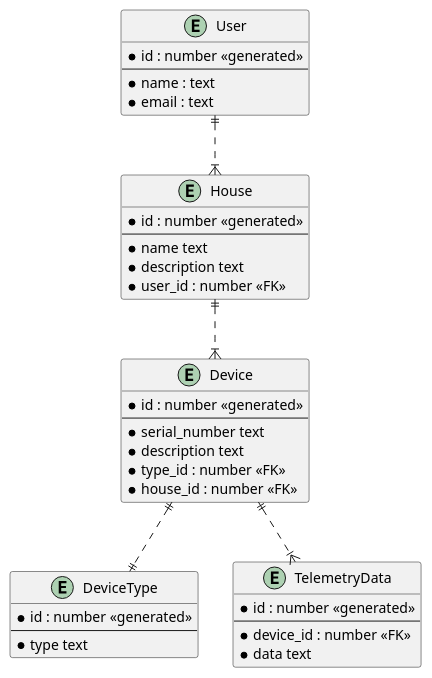
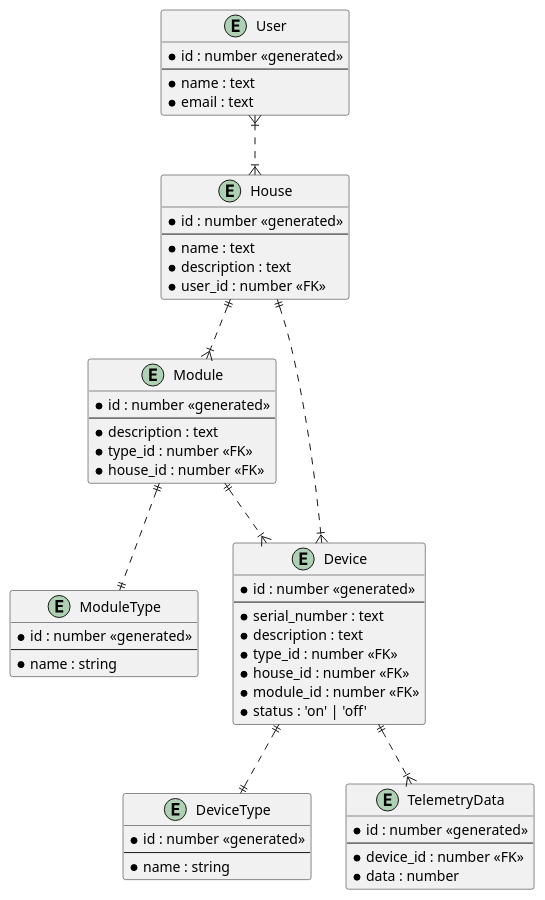
One commit to drivenfw/architecture-sprint-3 changed the diagram in diagrams/ERD.puml. Above: the diagram before and after it, drawn with PlantUML. The commit also changed 2 other files, not shown here.

```diff
--- a/diagrams/ERD.puml
+++ b/diagrams/ERD.puml
@@ -1,44 +1,63 @@
 @startuml
 
 entity "User" as e01 {
   *id : number <<generated>>
   --
   *name : text
   *email : text
 }
 
 entity "House" as e02 {
   *id : number <<generated>>
   --
-  *name text
-  *description text
+  *name : text
+  *description : text
   *user_id : number <<FK>>
 }
 
-entity "DeviceType" as e03 {
+entity "ModuleType" as e03 {
   *id : number <<generated>>
   --
-  *type text
+  *name : string
 }
 
-entity "Device" as e04 {
+entity "Module" as e04 {
   *id : number <<generated>>
   --
-  *serial_number text
-  *description text
+  *description : text
   *type_id : number <<FK>>
   *house_id : number <<FK>>
 }
 
-entity "TelemetryData" as e05 {
+entity "DeviceType" as e05 {
+  *id : number <<generated>>
+  --
+  *name : string
+}
+
+entity "Device" as e06 {
+  *id : number <<generated>>
+  --
+  *serial_number : text
+  *description : text
+  *type_id : number <<FK>>
+  *house_id : number <<FK>>
+  *module_id : number <<FK>>
+  *status : 'on' | 'off'
+}
+
+entity "TelemetryData" as e07 {
   *id : number <<generated>>
   --
   *device_id : number <<FK>>
-  *data text
+  *data : number
 }
 
-e01 ||..|{ e02
+e01 }|..|{ e02
 e02 ||..|{ e04
+e02 ||..|{ e06
 e04 ||..|| e03
-e04 ||..|{ e05
+e04 ||..|{ e06
+e06 ||..|| e05
+e06 ||..|{ e07
 @enduml
```
